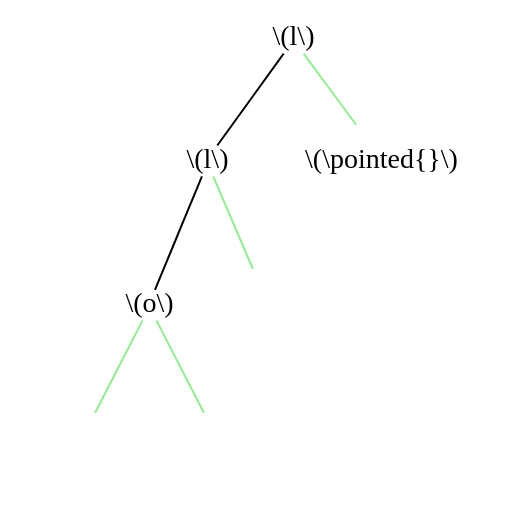
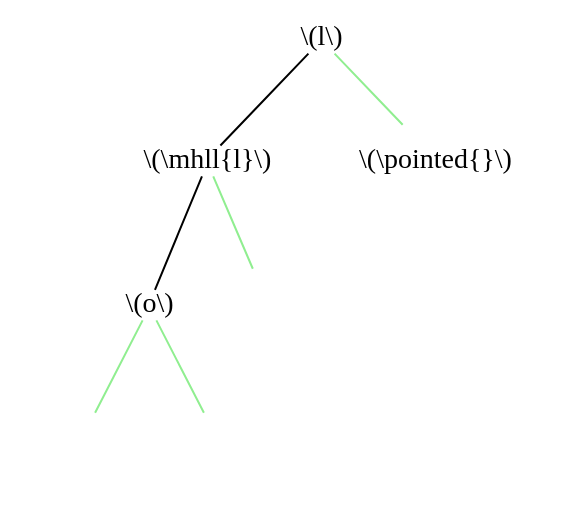
One commit to Larhard/Combinatorial-interpretations-of-holonomic-recurrences changed the diagram in article/images_src/lambda/trees_100/0.dot. Above: the diagram before and after it, drawn with Graphviz. The commit also changed 111 other files, not shown here.

```diff
--- a/article/images_src/lambda/trees_100/0.dot
+++ b/article/images_src/lambda/trees_100/0.dot
@@ -1,16 +1,16 @@
 graph {
 	size="4,4"
 	0 [label="\\(l\\)" shape=plain]
-	1 [label="\\(l\\)" shape=plain]
+	1 [label="\\(\\mhll{l}\\)" shape=plain]
 	0 -- 1
 	2 [label="\\(o\\)" shape=plain]
 	1 -- 2
 	3 [label="" shape=none]
 	2 -- 3 [color=lightgreen]
 	4 [label="" shape=none]
 	2 -- 4 [color=lightgreen]
 	5 [label="" shape=none]
 	1 -- 5 [color=lightgreen]
 	6 [label="\\(\\pointed{}\\)" shape=none]
 	0 -- 6 [color=lightgreen]
 }
```
